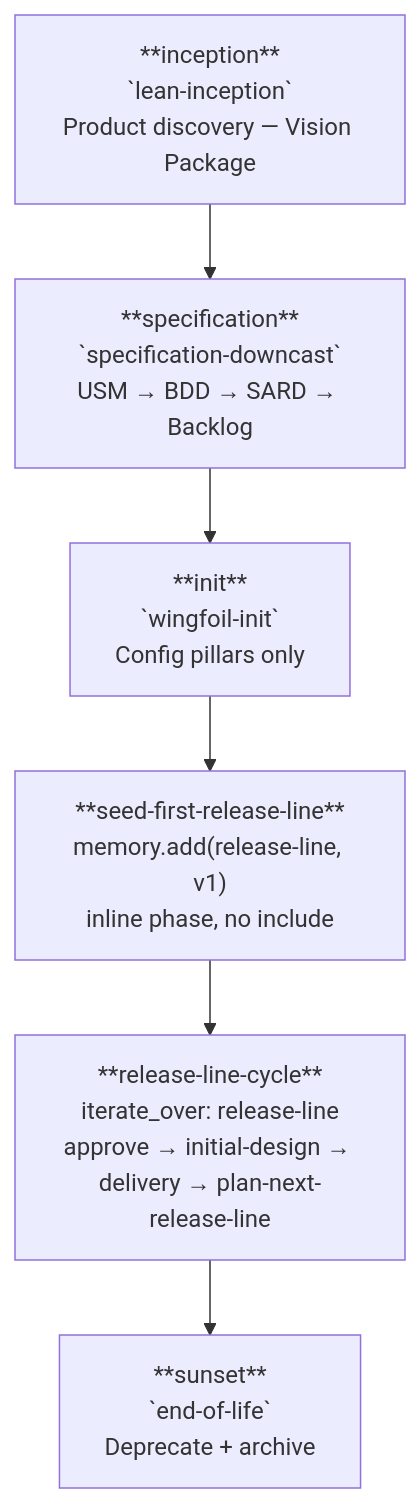
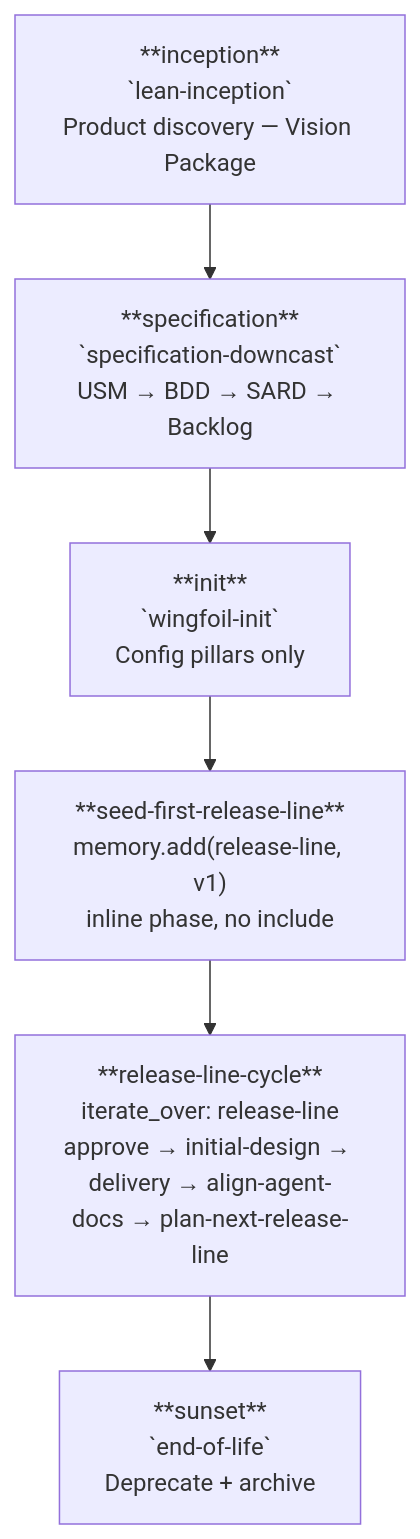
Before and after one commit to wingfoil/wingfoil: the first of 29 diagrams in .wingfoil/WORKFLOW.md, drawn with Mermaid. The commit also changed other lines of this file and 2 other files, not shown here.

````diff
--- a/.wingfoil/WORKFLOW.md
+++ b/.wingfoil/WORKFLOW.md
@@ -17,11 +17,11 @@
 ```mermaid
 flowchart TD
     I["**inception**\n`lean-inception`\nProduct discovery — Vision Package"]
     S["**specification**\n`specification-downcast`\nUSM → BDD → SARD → Backlog"]
     INIT["**init**\n`wingfoil-init`\nConfig pillars only"]
     SFR["**seed-first-release-line**\nmemory.add(release-line, v1)\ninline phase, no include"]
-    RLC["**release-line-cycle**\niterate_over: release-line\napprove → initial-design → delivery → plan-next-release-line"]
+    RLC["**release-line-cycle**\niterate_over: release-line\napprove → initial-design → delivery → align-agent-docs → plan-next-release-line"]
     SU["**sunset**\n`end-of-life`\nDeprecate + archive"]
 
     I --> S --> INIT --> SFR --> RLC --> SU
 ```
````
